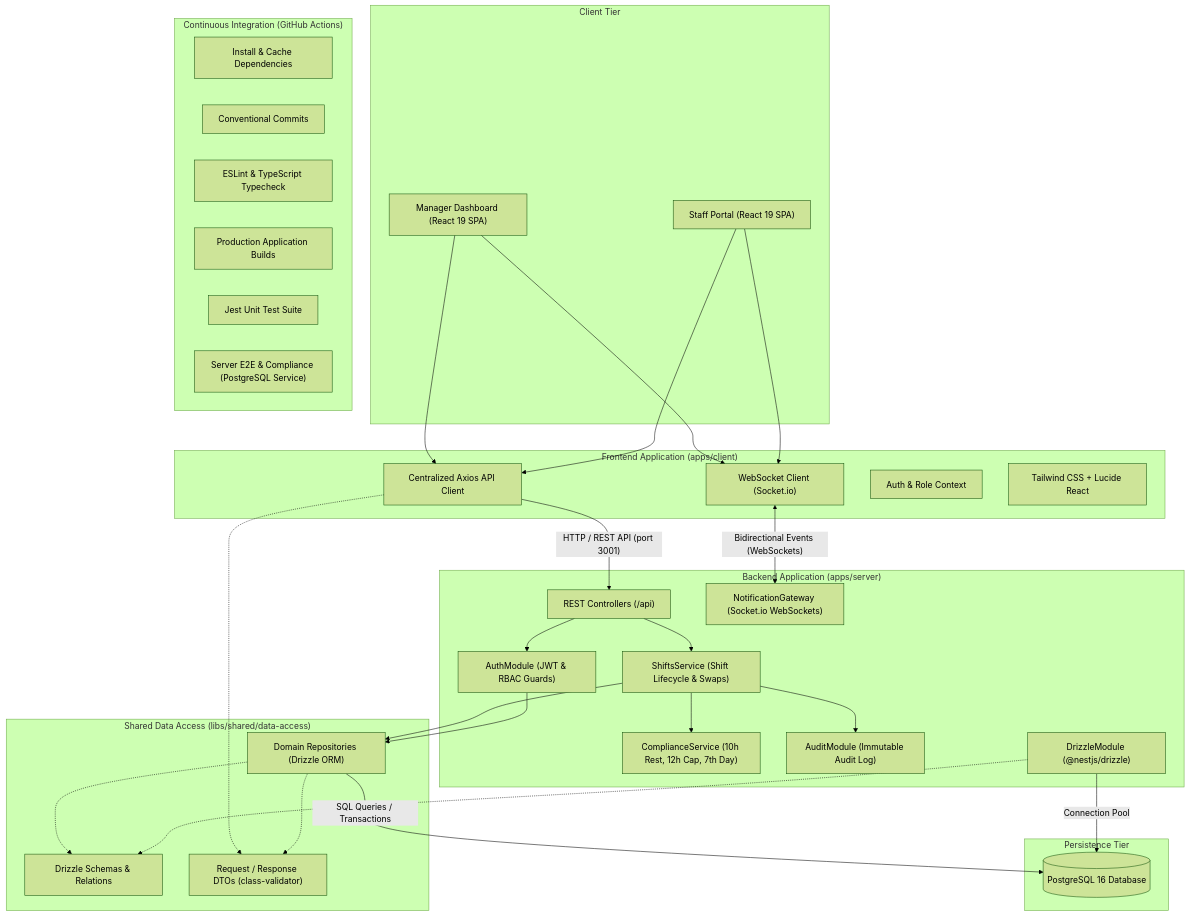
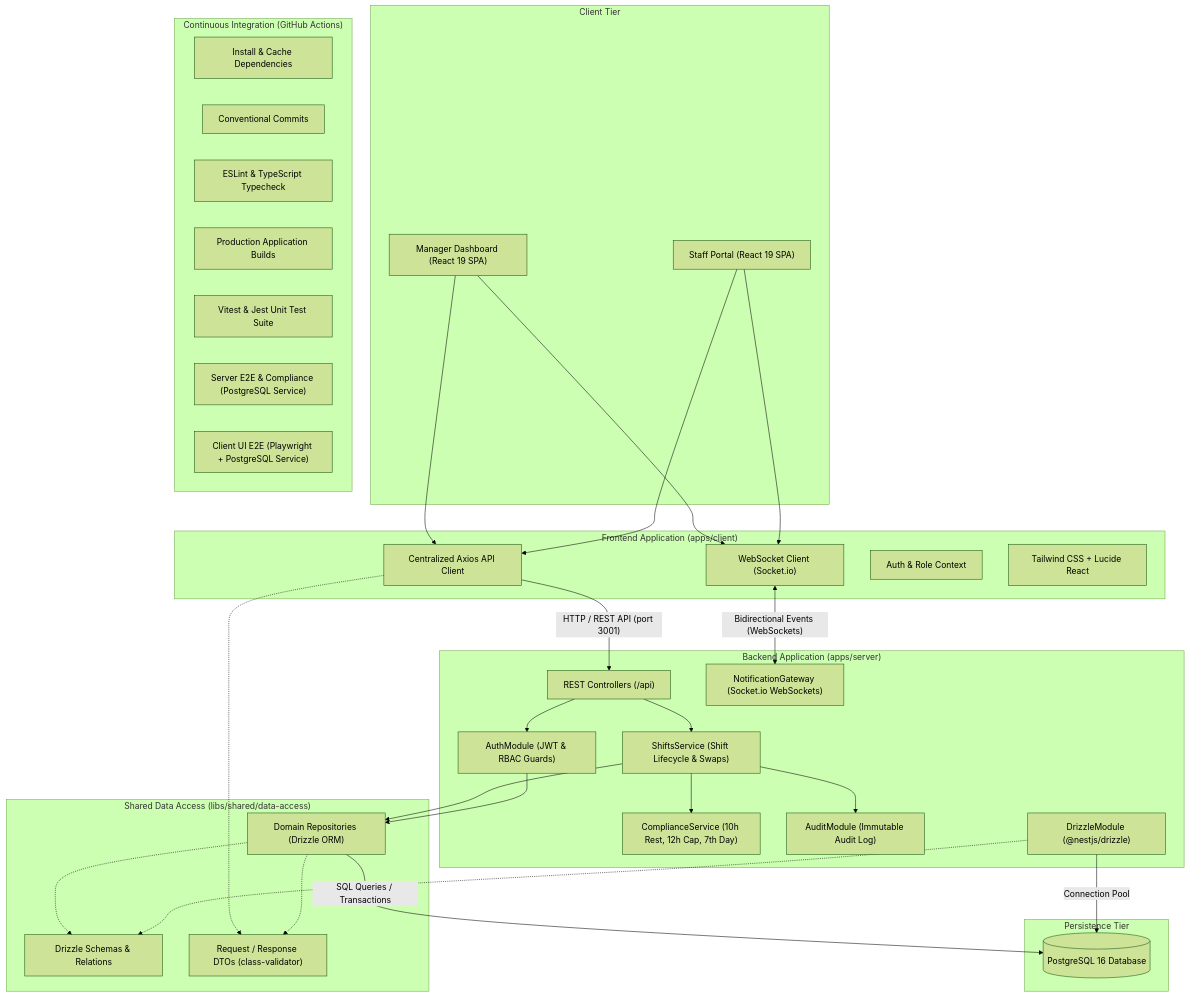
One commit to JayKay24/ShiftSync changed the diagram in README.md. Above: the diagram before and after it, drawn with Mermaid (forest theme). The commit also changed 2 other files, not shown here.

Commit message:
ci: add client-e2e playwright job to workflow

````diff
--- a/README.md
+++ b/README.md
@@ -34,71 +34,72 @@
 ```mermaid
 flowchart TD
   subgraph Clients ["Client Tier"]
     ManagerUI["Manager Dashboard (React 19 SPA)"]
     StaffUI["Staff Portal (React 19 SPA)"]
   end
 
   subgraph FrontendApp ["Frontend Application (apps/client)"]
     AxiosClient["Centralized Axios API Client"]
     SocketClient["WebSocket Client (Socket.io)"]
     AuthContext["Auth & Role Context"]
     UIComponents["Tailwind CSS + Lucide React"]
   end
 
   subgraph SharedLib ["Shared Data Access (libs/shared/data-access)"]
     Schemas["Drizzle Schemas & Relations"]
     DTOs["Request / Response DTOs (class-validator)"]
     Repos["Domain Repositories (Drizzle ORM)"]
   end
 
   subgraph BackendApp ["Backend Application (apps/server)"]
     APIControllers["REST Controllers (/api)"]
     ComplianceSvc["ComplianceService (10h Rest, 12h Cap, 7th Day)"]
     ShiftsSvc["ShiftsService (Shift Lifecycle & Swaps)"]
     AuthSvc["AuthModule (JWT & RBAC Guards)"]
     AuditSvc["AuditModule (Immutable Audit Log)"]
     SocketGateway["NotificationGateway (Socket.io WebSockets)"]
     DrizzleModule["DrizzleModule (@nestjs/drizzle)"]
   end
 
   subgraph Persistence ["Persistence Tier"]
     PostgreSQL[("PostgreSQL 16 Database")]
   end
 
   subgraph CI ["Continuous Integration (GitHub Actions)"]
     InstallJob["Install & Cache Dependencies"]
     Commitlint["Conventional Commits"]
     LintTypecheck["ESLint & TypeScript Typecheck"]
     BuildJob["Production Application Builds"]
-    UnitTests["Jest Unit Test Suite"]
+    UnitTests["Vitest & Jest Unit Test Suite"]
     IntegrationTests["Server E2E & Compliance (PostgreSQL Service)"]
+    ClientE2ETests["Client UI E2E (Playwright + PostgreSQL Service)"]
   end
 
   %% Client interactions
   ManagerUI --> AxiosClient
   StaffUI --> AxiosClient
   ManagerUI --> SocketClient
   StaffUI --> SocketClient
 
   %% Frontend -> Shared Library
   AxiosClient -.-> DTOs
 
   %% Frontend -> Backend Communication
   AxiosClient -->|"HTTP / REST API (port 3001)"| APIControllers
   SocketClient <-->|"Bidirectional Events (WebSockets)"| SocketGateway
 
   %% Backend Internal Wiring
   APIControllers --> ShiftsSvc
   APIControllers --> AuthSvc
   ShiftsSvc --> ComplianceSvc
   ShiftsSvc --> AuditSvc
   ShiftsSvc --> Repos
   AuthSvc --> Repos
   Repos -.-> Schemas
   Repos -.-> DTOs
   DrizzleModule -.-> Schemas
 
   %% Backend -> Database
   DrizzleModule -->|"Connection Pool"| PostgreSQL
   Repos -->|"SQL Queries / Transactions"| PostgreSQL
 ```
````
